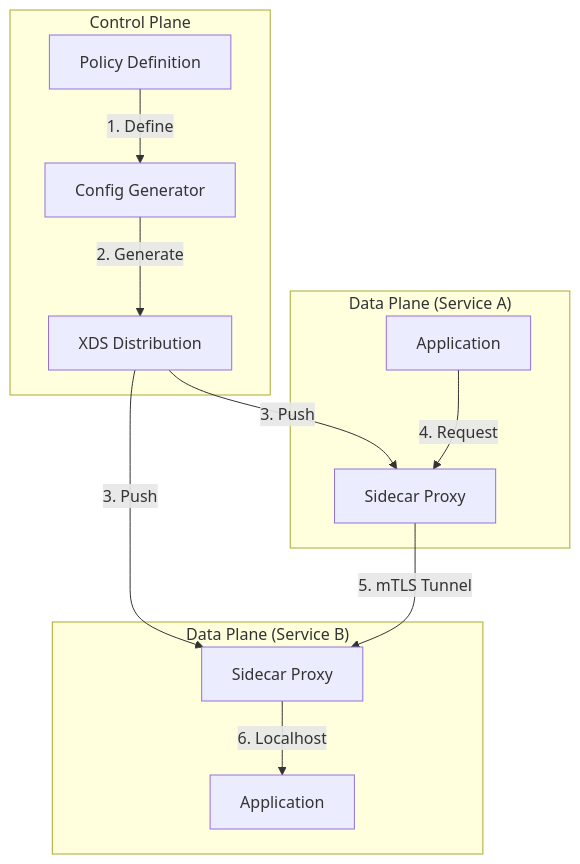
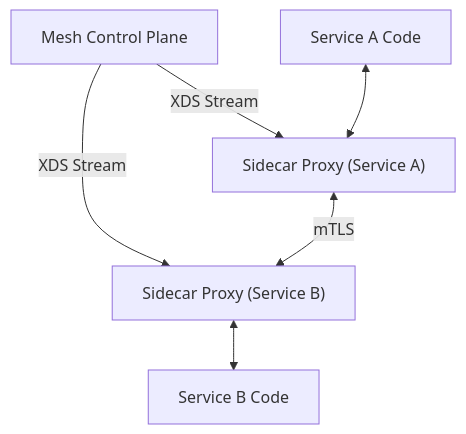
One commit to Devopstrio/service-mesh-networking changed the second of 11 diagrams in README.md. Above: the diagram before and after it, drawn with Mermaid. The commit also changed other lines of this file, not shown here.

Commit message:
docs: implement 11+ professional architecture diagrams for service mesh networking platform

````diff
--- a/README.md
+++ b/README.md
@@ -45,26 +110,8 @@
 ```mermaid
 graph TD
-    subgraph "Control Plane"
-        Policy[Policy Definition]
-        Config[Config Generator]
-        Dist[XDS Distribution]
-    end
-
-    subgraph "Data Plane (Service A)"
-        ProxyA[Sidecar Proxy]
-        AppA[Application]
-    end
-
-    subgraph "Data Plane (Service B)"
-        ProxyB[Sidecar Proxy]
-        AppB[Application]
-    end
-
-    Policy -->|1. Define| Config
-    Config -->|2. Generate| Dist
-    Dist -->|3. Push| ProxyA
-    Dist -->|3. Push| ProxyB
-    AppA -->|4. Request| ProxyA
-    ProxyA -->|5. mTLS Tunnel| ProxyB
-    ProxyB -->|6. Localhost| AppB
+    CP["Mesh Control Plane"] -->|XDS Stream| ProxyA["Sidecar Proxy (Service A)"]
+    CP -->|XDS Stream| ProxyB["Sidecar Proxy (Service B)"]
+    AppA["Service A Code"] <--> ProxyA
+    ProxyA <-->|mTLS| ProxyB
+    ProxyB <--> AppB["Service B Code"]
 ```
````
